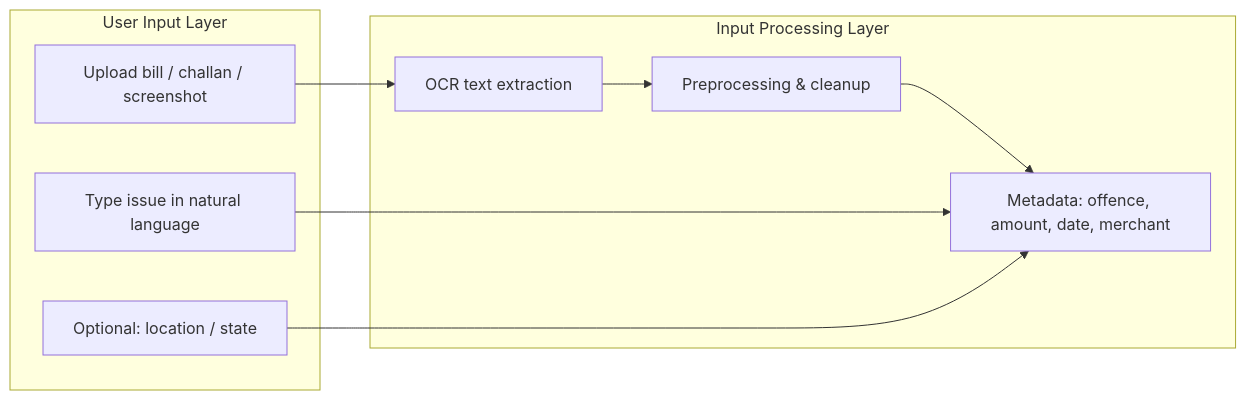
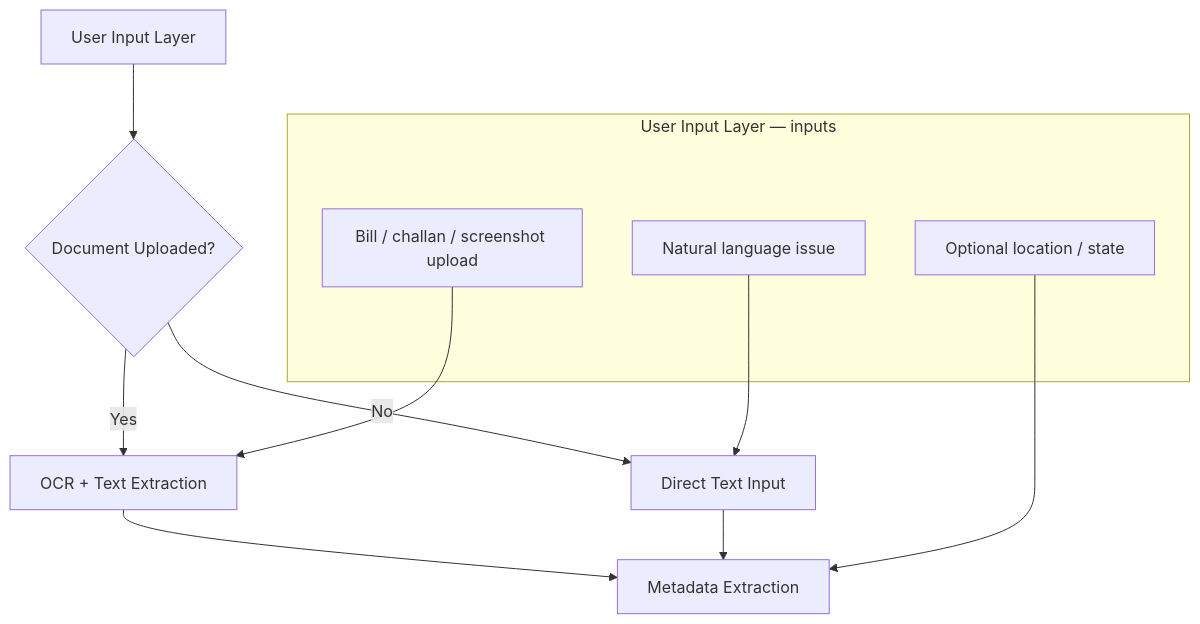
One commit to SudhanshuBiswas01/Justice-AI changed the fourth of 8 diagrams in README.md. Above: the diagram before and after it, drawn with Mermaid. The commit also changed other lines of this file, not shown here.

First line of the commit message:
docs: align HLD Mermaid diagrams with author flowchart

````diff
--- a/README.md
+++ b/README.md
@@ -107,18 +150,20 @@
 ```mermaid
-flowchart LR
-    subgraph Input["User Input Layer"]
-        U1[Type issue in natural language]
-        U2[Upload bill / challan / screenshot]
-        U3[Optional: location / state]
+flowchart TD
+    H[User Input Layer] --> I{Document Uploaded?}
+
+    I -->|Yes| J[OCR + Text Extraction]
+    I -->|No| K[Direct Text Input]
+
+    J --> L[Metadata Extraction]
+    K --> L
+
+    subgraph Input["User Input Layer — inputs"]
+        U1[Natural language issue]
+        U2[Bill / challan / screenshot upload]
+        U3[Optional location / state]
     end
 
-    subgraph Process["Input Processing Layer"]
-        P1[OCR text extraction]
-        P2[Preprocessing & cleanup]
-        P3[Metadata: offence, amount, date, merchant]
-    end
-
-    U2 --> P1 --> P2 --> P3
-    U1 --> P3
-    U3 --> P3
+    U1 --> K
+    U2 --> J
+    U3 --> L
 ```
````
